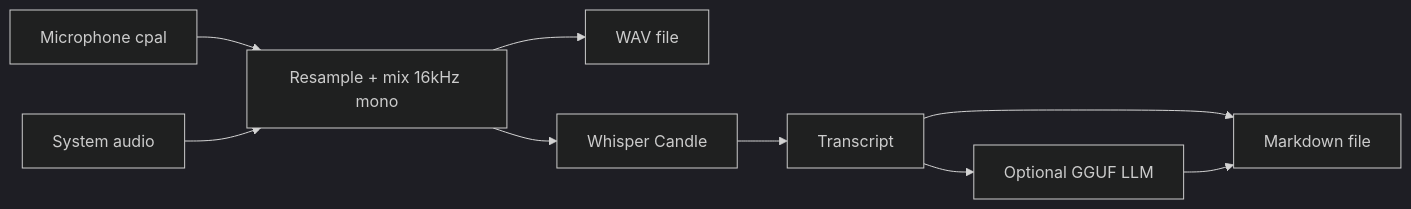
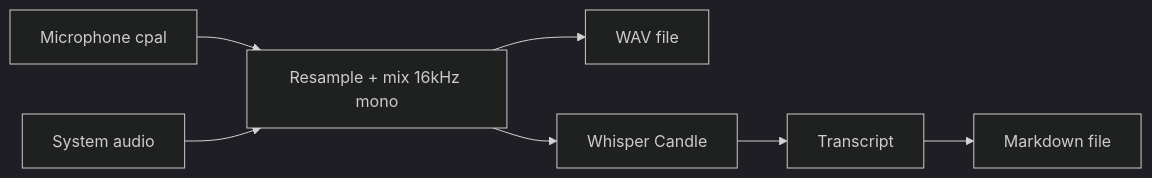
One commit to bdombro/active-listener changed the diagram in README.md. Above: the diagram before and after it, drawn with Mermaid (dark theme). The commit also changed other lines of this file and 6 other files, not shown here.

````diff
--- a/README.md
+++ b/README.md
@@ -61,11 +59,9 @@
 ```mermaid
 flowchart LR
     Mic[Microphone cpal] --> Mix[Resample + mix 16kHz mono]
     Sys[System audio] --> Mix
     Mix --> WAV[WAV file]
     Mix --> Whisper[Whisper Candle]
     Whisper --> Transcript[Transcript]
-    Transcript --> LLM[Optional GGUF LLM]
     Transcript --> MD[Markdown file]
-    LLM --> MD
 ```
````
